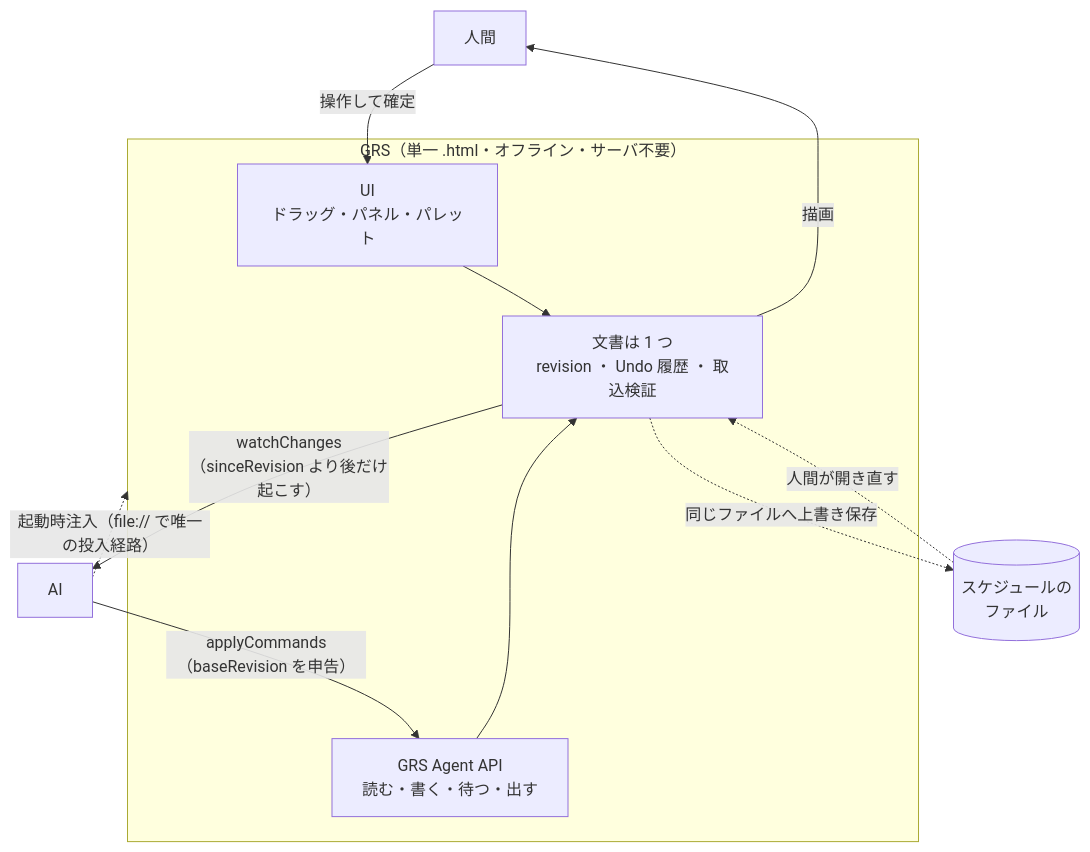
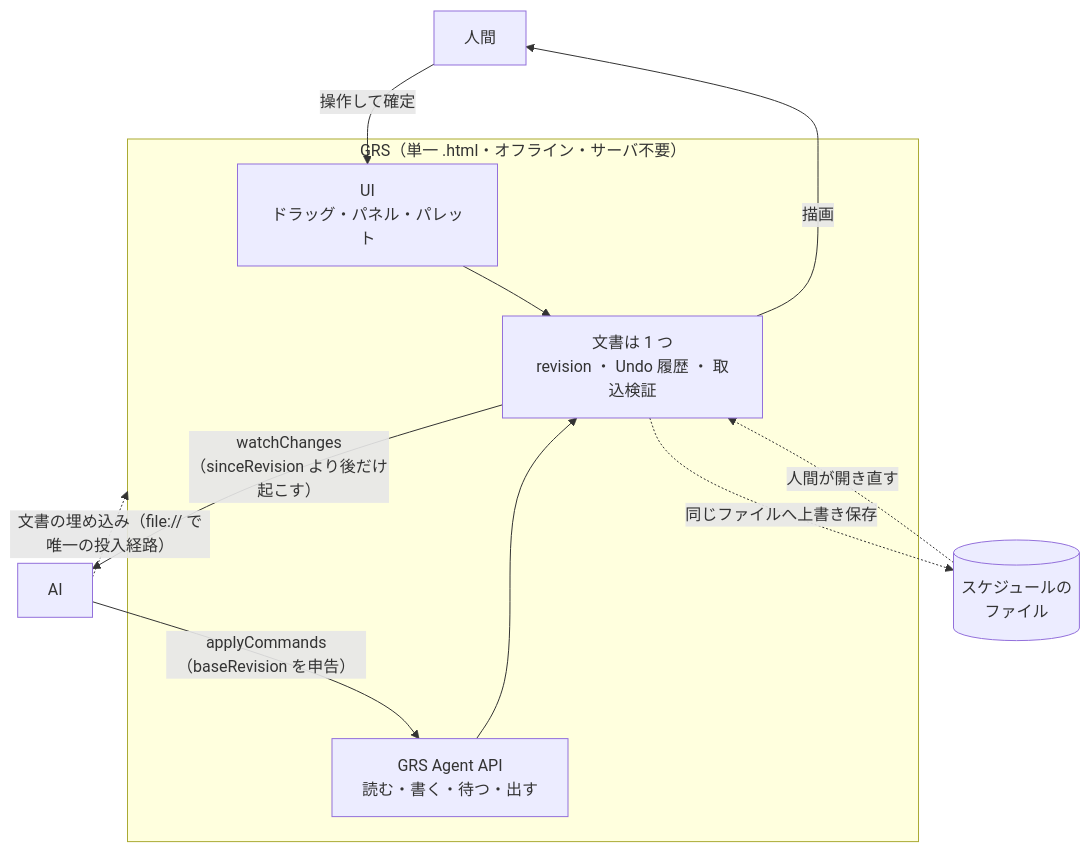
One commit to GoodRelax/gr-scheduler changed the diagram in ai-cowork-trial/draft-for-handover/README.md. Above: the diagram before and after it, drawn with Mermaid. The commit also changed other lines of this file and 10 other files, not shown here.

````diff
--- a/ai-cowork-trial/draft-for-handover/README.md
+++ b/ai-cowork-trial/draft-for-handover/README.md
@@ -57,24 +57,24 @@
 ```mermaid
 flowchart TB
   human["人間"]
   agent["AI"]
 
   subgraph grs["GRS（単一 .html・オフライン・サーバ不要）"]
     ui["UI<br/>ドラッグ・パネル・パレット"]
     api["GRS Agent API<br/>読む・書く・待つ・出す"]
     doc["文書は 1 つ<br/>revision ・ Undo 履歴 ・ 取込検証"]
     ui --> doc
     api --> doc
   end
 
   file[("スケジュールの<br/>ファイル")]
 
   human -->|"操作して確定"| ui
   doc -->|"描画"| human
   agent -->|"applyCommands（baseRevision を申告）"| api
   doc -->|"watchChanges（sinceRevision より後だけ起こす）"| agent
 
-  agent -.->|"起動時注入（file:// で唯一の投入経路）"| grs
+  agent -.->|"文書の埋め込み（file:// で唯一の投入経路）"| grs
   doc -.->|"同じファイルへ上書き保存"| file
   file -.->|"人間が開き直す"| doc
 ```
````
